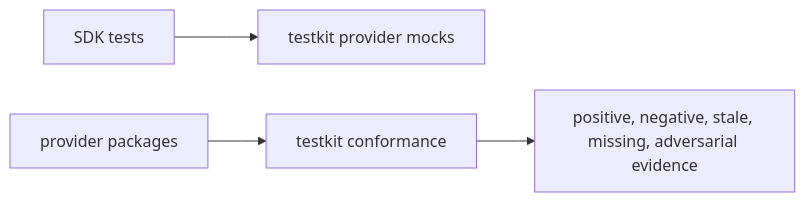
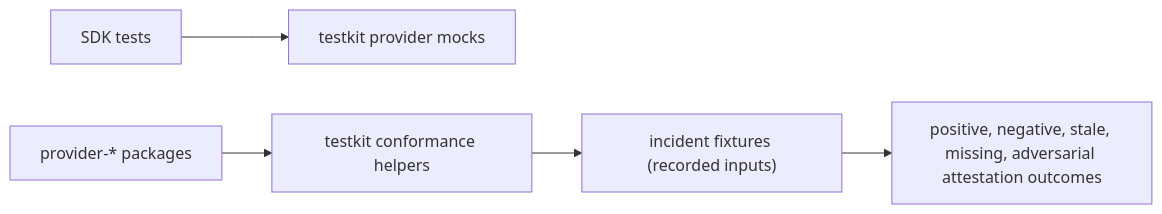
One commit to aryeko/agentic-workflow-kit changed the diagram in docs/design/20-sdk-and-packaging/testkit-and-conformance.md. Above: the diagram before and after it, drawn with Mermaid. The commit also changed other lines of this file and 46 other files, not shown here.

````diff
--- a/docs/design/20-sdk-and-packaging/testkit-and-conformance.md
+++ b/docs/design/20-sdk-and-packaging/testkit-and-conformance.md
@@ -34,6 +49,7 @@
 ```mermaid
 flowchart LR
-  SDK["SDK tests"] --> Mocks["testkit provider mocks"]
-  Providers["provider packages"] --> Conformance["testkit conformance"]
-  Conformance --> Results["positive, negative, stale, missing, adversarial evidence"]
+  SDK_Tests["SDK tests"] --> Mocks["testkit provider mocks"]
+  Providers["provider-* packages"] --> Conformance["testkit conformance helpers"]
+  Conformance --> Fixtures["incident fixtures (recorded inputs)"]
+  Fixtures --> Results["positive, negative, stale, missing, adversarial attestation outcomes"]
 ```
````
